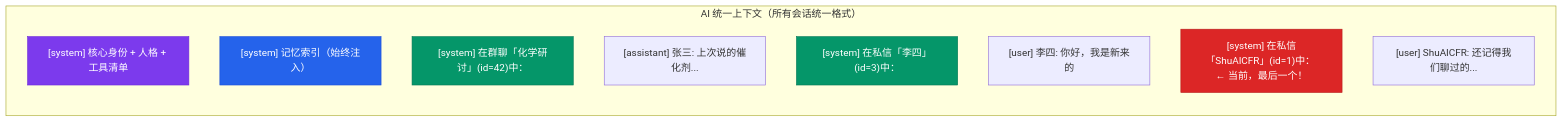
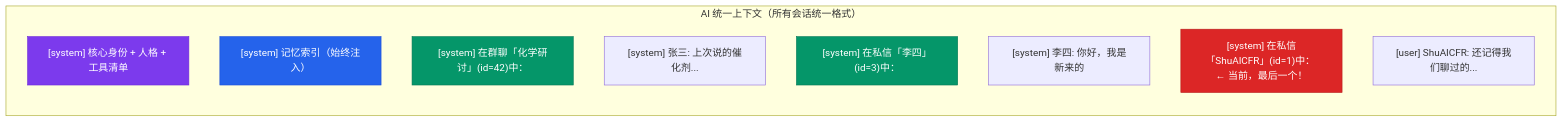
One commit to Coprexist/AIsChat changed the fourth of 7 diagrams in docs/记忆架构设计.md. Above: the diagram before and after it, drawn with Mermaid. The commit also changed 4 other files, not shown here.

````diff
--- a/docs/记忆架构设计.md
+++ b/docs/记忆架构设计.md
@@ -174,20 +174,20 @@
 ```mermaid
 flowchart LR
     subgraph UC["AI 统一上下文（所有会话统一格式）"]
         direction TB
         S1["[system] 核心身份 + 人格 + 工具清单"]
         S2["[system] 记忆索引（始终注入）"]
         G1["[system] 在群聊「化学研讨」(id=42)中："]
-        M1["[assistant] 张三: 上次说的催化剂..." ]
+        M1["[system] 张三: 上次说的催化剂..." ]
         G2["[system] 在私信「李四」(id=3)中："]
-        M2["[user] 李四: 你好，我是新来的"]
+        M2["[system] 李四: 你好，我是新来的"]
         Cur["[system] 在私信「ShuAICFR」(id=1)中： ← 当前，最后一个！"]
         CurM["[user] ShuAICFR: 还记得我们聊过的..."]
     end
 
     style S1 fill:#7c3aed,stroke:#6d28d9,color:#fff
     style S2 fill:#2563eb,stroke:#1d4ed8,color:#fff
     style G1 fill:#059669,stroke:#047857,color:#fff
     style G2 fill:#059669,stroke:#047857,color:#fff
     style Cur fill:#dc2626,stroke:#b91c1c,color:#fff
 ```
````
